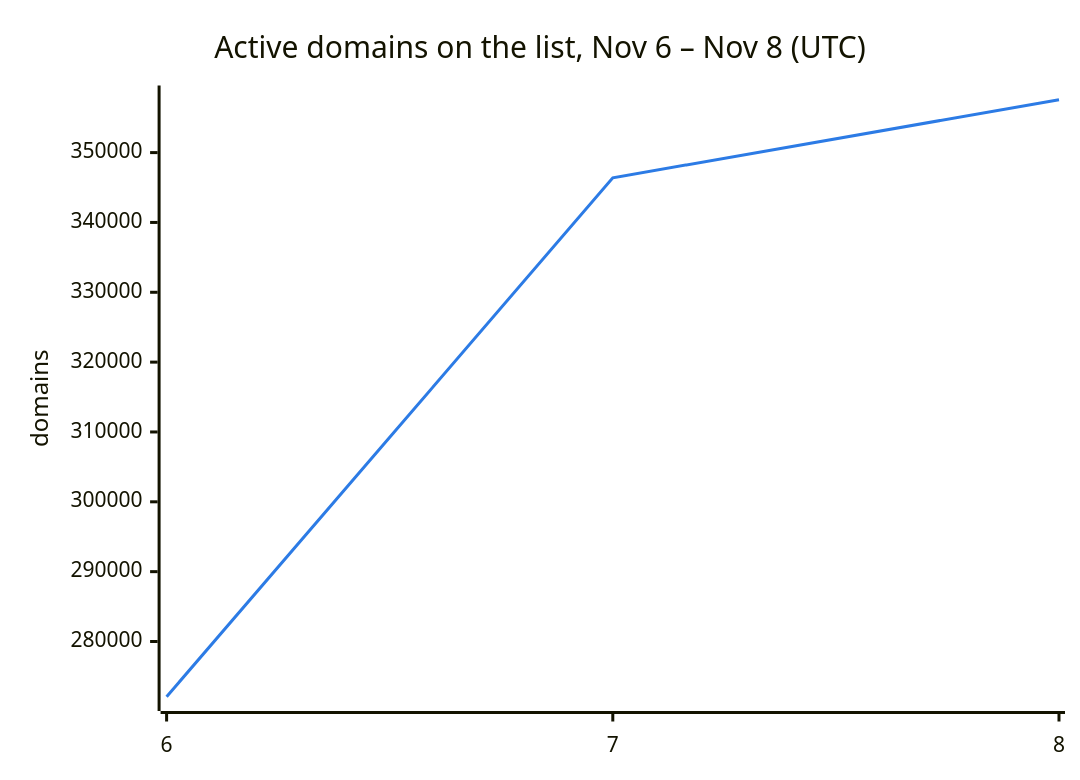
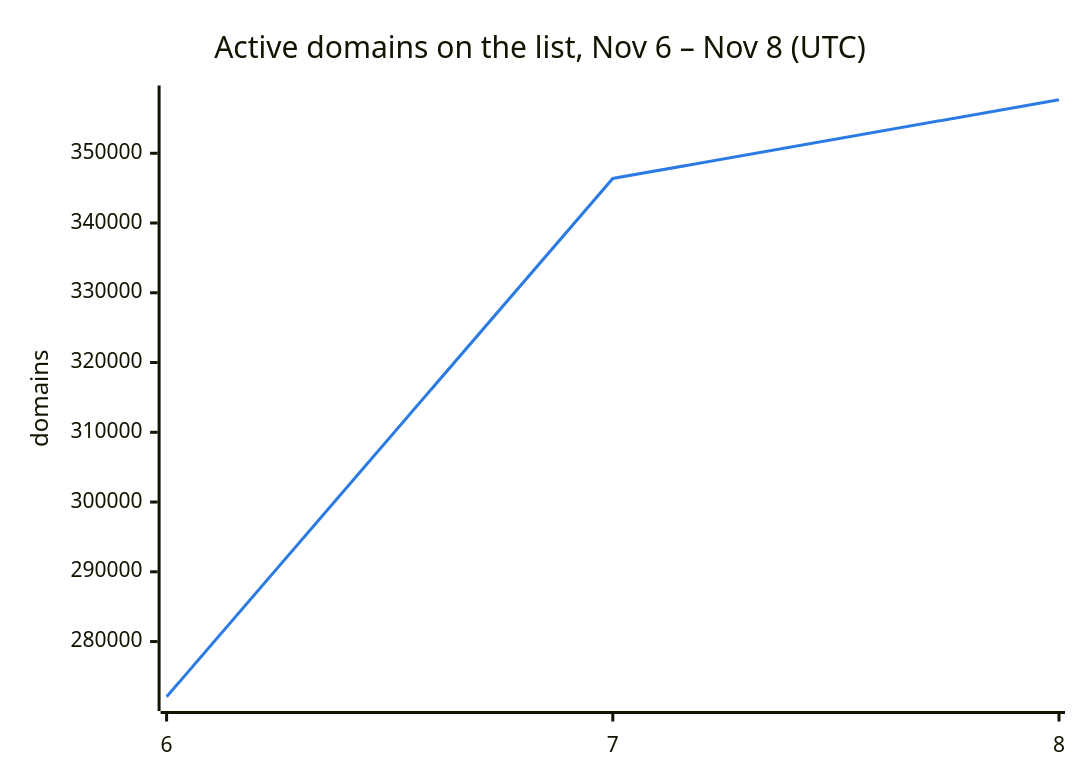
Before and after one commit to DNSBunker/CTI: the second of 3 diagrams in README.md, drawn with Mermaid. The commit also changed other lines of this file and 3 other files, not shown here.

````diff
--- a/README.md
+++ b/README.md
@@ -38,8 +38,8 @@
 ```mermaid
 %%{init: {"themeVariables": {"xyChart": {"plotColorPalette": "#2c7be5"}}}}%%
 xychart-beta
     title "Active domains on the list, Nov 6 – Nov 8 (UTC)"
     x-axis ["6", "7", "8"]
     y-axis "domains"
-    line [272088, 346388, 357567]
+    line [272088, 346388, 357671]
 ```
````
